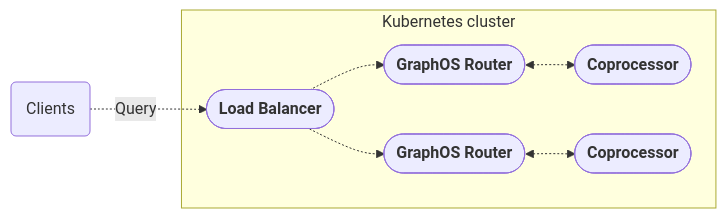
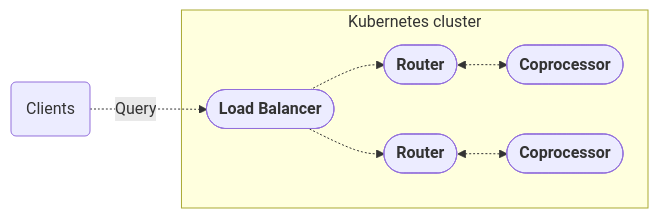
One commit to apollographql/router changed the diagram in docs/source/containerization/kubernetes.mdx. Above: the diagram before and after it, drawn with Mermaid. The commit also changed other lines of this file and 18 other files, not shown here.

````diff
--- a/docs/source/containerization/kubernetes.mdx
+++ b/docs/source/containerization/kubernetes.mdx
@@ -13,16 +13,16 @@
 ```mermaid
 flowchart LR;
   clients(Clients);
   subgraph "Kubernetes cluster";
   lb(["<b>Load Balancer</b>"])
-  router_a(["<b>GraphOS Router</b>"]);
+  router_a(["<b>Router</b>"]);
   coproc_a(["<b>Coprocessor</b>"]);
-  router_b(["<b>GraphOS Router</b>"]);
+  router_b(["<b>Router</b>"]);
   coproc_b(["<b>Coprocessor</b>"]);
   router_a <-.-> coproc_a;
   router_b <-.-> coproc_b;
   end;
   clients -.->|Query| lb;
   lb -.-> router_a & router_b;
   class clients secondary;
 ```
````
